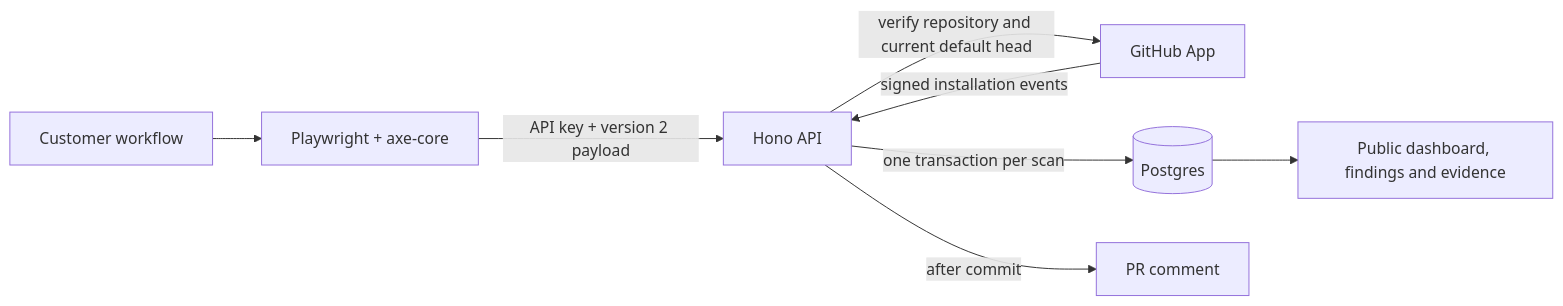
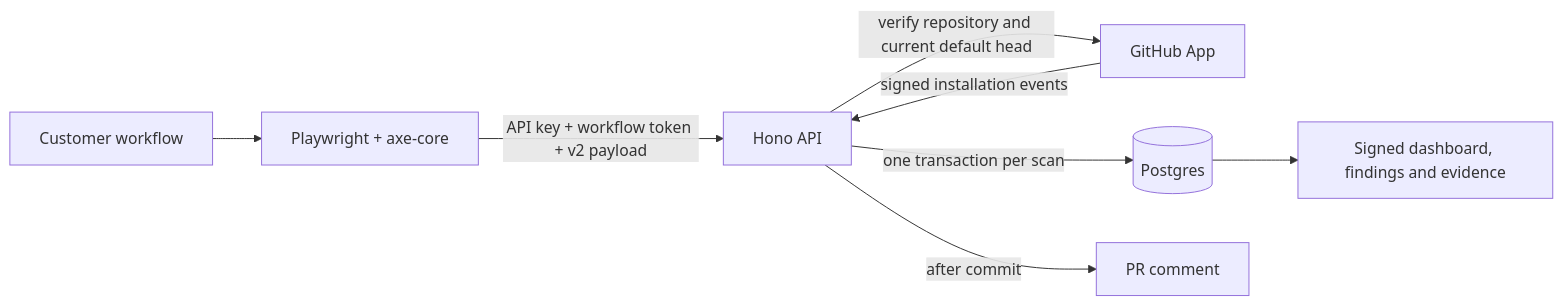
Before and after one commit to Inn-Keeper/intygy: the diagram in docs/ARCHITECTURE.md, drawn with Mermaid. The commit also changed other lines of this file and 9 other files, not shown here.

````diff
--- a/docs/ARCHITECTURE.md
+++ b/docs/ARCHITECTURE.md
@@ -11,10 +11,10 @@
 ```mermaid
 flowchart LR
   Workflow[Customer workflow] --> Scanner[Playwright + axe-core]
-  Scanner -->|API key + version 2 payload| API[Hono API]
+  Scanner -->|API key + workflow token + v2 payload| API[Hono API]
   API -->|verify repository and current default head| GitHub[GitHub App]
   API -->|one transaction per scan| DB[(Postgres)]
   API -->|after commit| Comment[PR comment]
-  DB --> Reports[Public dashboard, findings and evidence]
+  DB --> Reports[Signed dashboard, findings and evidence]
   GitHub -->|signed installation events| API
 ```
````
